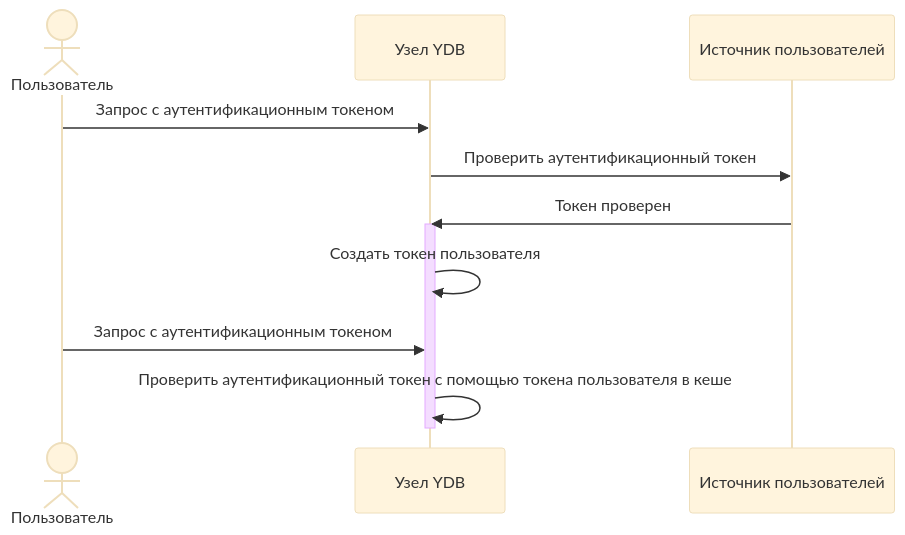
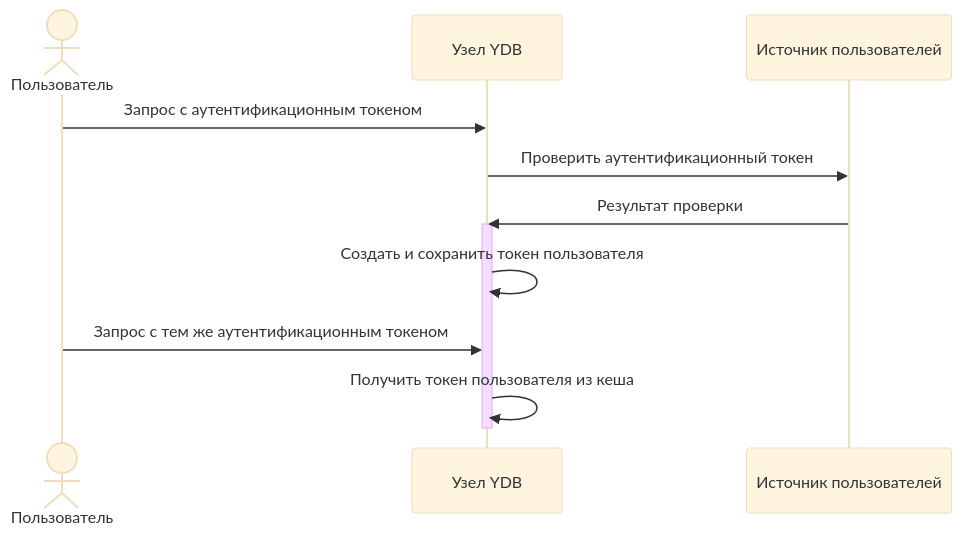
Before and after one commit to ydb-platform/ydb: the first of 2 diagrams in ydb/docs/ru/core/security/caching-authentication-results.md, drawn with Mermaid (base theme). The commit also changed other lines of this file and 2 other files, not shown here.

````diff
--- a/ydb/docs/ru/core/security/caching-authentication-results.md
+++ b/ydb/docs/ru/core/security/caching-authentication-results.md
@@ -7,16 +7,16 @@
 ```mermaid
 sequenceDiagram
     actor user as Пользователь
     participant node as Узел YDB
     participant auth as Источник пользователей
 
     user->>node: Запрос с аутентификационным токеном
     node->>auth: Проверить аутентификационный токен
-    auth->>node: Токен проверен
+    auth->>node: Результат проверки
 
     activate node
-    node->>node: Создать токен пользователя
-    user->>node: Запрос с аутентификационным токеном
-    node->>node: Проверить аутентификационный токен с помощью токена пользователя в кеше
+    node->>node: Создать и сохранить токен пользователя
+    user->>node: Запрос с тем же аутентификационным токеном
+    node->>node: Получить токен пользователя из кеша
     deactivate node
 ```
````
